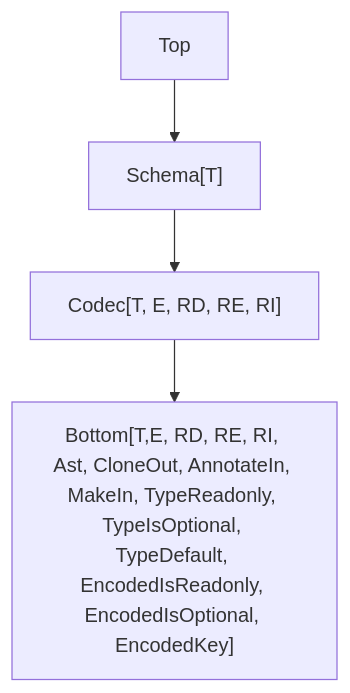
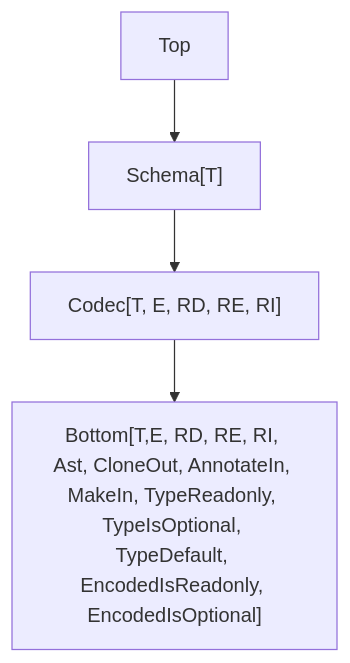
The third of 3 diagrams in SCHEMA.md (Effect-TS/effect-smol), drawn with Mermaid before and after one commit. The commit also changed 5 other files, not shown here.

Commit message:
remove encodedKey

````diff
--- a/SCHEMA.md
+++ b/SCHEMA.md
@@ -66,6 +66,6 @@
 ```mermaid
 flowchart TD
     T[Top] --> S["Schema[T]"]
     S --> C["Codec[T, E, RD, RE, RI]"]
-    C --> B["Bottom[T,E, RD, RE, RI, Ast, CloneOut, AnnotateIn, MakeIn, TypeReadonly, TypeIsOptional, TypeDefault, EncodedIsReadonly, EncodedIsOptional, EncodedKey]"]
+    C --> B["Bottom[T,E, RD, RE, RI, Ast, CloneOut, AnnotateIn, MakeIn, TypeReadonly, TypeIsOptional, TypeDefault, EncodedIsReadonly, EncodedIsOptional]"]
 ```
````
